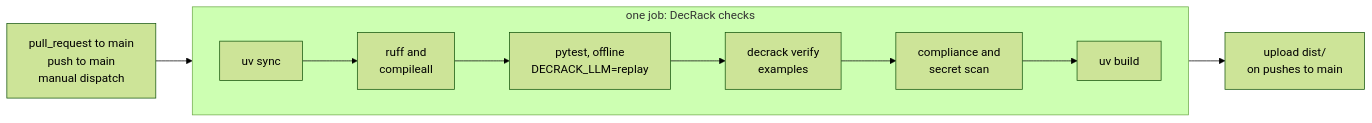
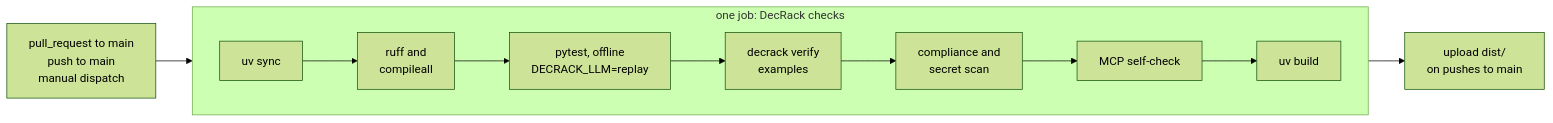
Before and after one commit to Madhav-GPT/DecRack: the second of 2 diagrams in README.md, drawn with Mermaid (forest theme). The commit also changed other lines of this file and 19 other files, not shown here.

````diff
--- a/README.md
+++ b/README.md
@@ -451,13 +495,14 @@
 ```mermaid
 flowchart LR
     TRIG["pull_request to main<br/>push to main<br/>manual dispatch"] --> JOB
     subgraph JOB["one job: DecRack checks"]
         direction LR
         S1["uv sync"] --> S2["ruff and<br/>compileall"]
         S2 --> S3["pytest, offline<br/>DECRACK_LLM=replay"]
         S3 --> S4["decrack verify<br/>examples"]
         S4 --> S5["compliance and<br/>secret scan"]
-        S5 --> S7["uv build"]
+        S5 --> S6["MCP self-check"]
+        S6 --> S7["uv build"]
     end
     JOB --> UP["upload dist/<br/>on pushes to main"]
 ```
````
